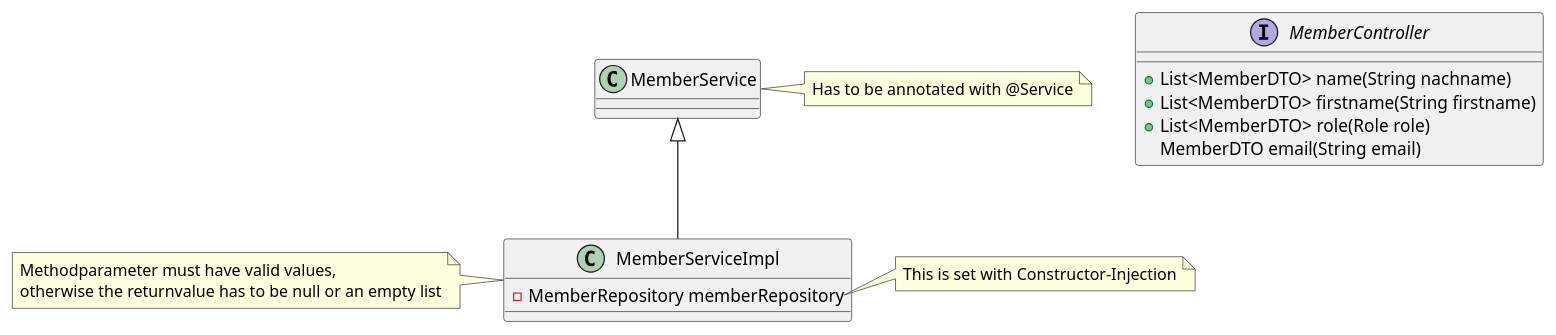
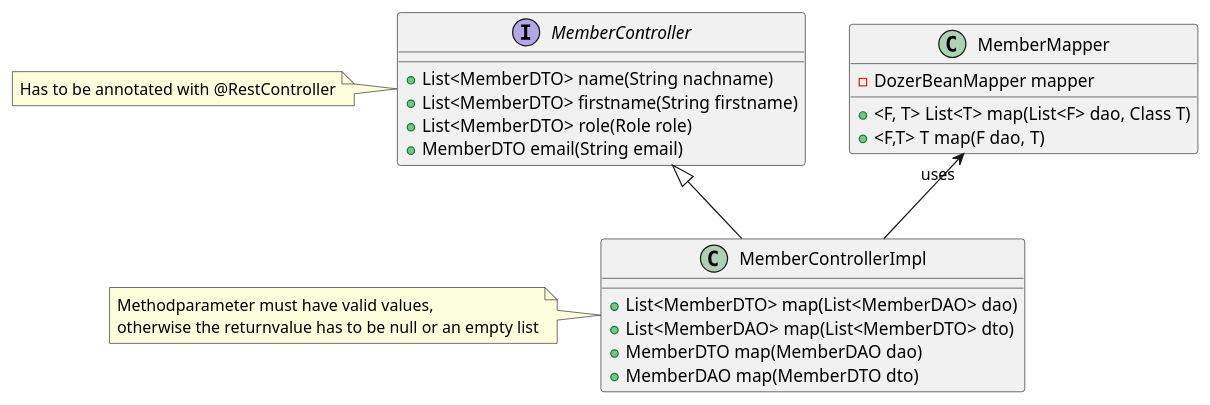
One commit to kdnmz/members changed the diagram in uml/controller_member.puml. Above: the diagram before and after it, drawn with PlantUML. The commit also changed 3 other files, not shown here.

```diff
--- a/uml/controller_member.puml
+++ b/uml/controller_member.puml
@@ -1,27 +1,35 @@
 @startuml
  interface MemberController {
-
-
  +List<MemberDTO> name(String nachname)
  +List<MemberDTO> firstname(String firstname)
   +List<MemberDTO> role(Role role)
-  MemberDTO email(String email)
+  +MemberDTO email(String email)
  }
- class MemberServiceImpl{
-  - MemberRepository memberRepository
+ class MemberControllerImpl{
+  + List<MemberDTO> map(List<MemberDAO> dao)
+  + List<MemberDAO> map(List<MemberDTO> dto)
+    + MemberDTO map(MemberDAO dao)
+    + MemberDAO map(MemberDTO dto)
  }
 
- MemberService <|--  MemberServiceImpl
+ class MemberMapper{
+ - DozerBeanMapper mapper
+  + <F, T> List<T> map(List<F> dao, Class T)
+  + <F,T> T map(F dao, T)
+ }
 
- note right of MemberService
- Has to be annotated with @Service
+MemberController <|--  MemberControllerImpl
+MemberMapper "uses"<--  MemberControllerImpl
+
+ note left of MemberController
+ Has to be annotated with @RestController
  end note
 
- note left of MemberServiceImpl
+ note left of MemberControllerImpl
 Methodparameter must have valid values,
 otherwise the returnvalue has to be null or an empty list
  end note
-note right of MemberServiceImpl::"memberRepository"
+note right of MemberControllerImpl::"memberRepository"
 This is set with Constructor-Injection
 end note
 @enduml
```
